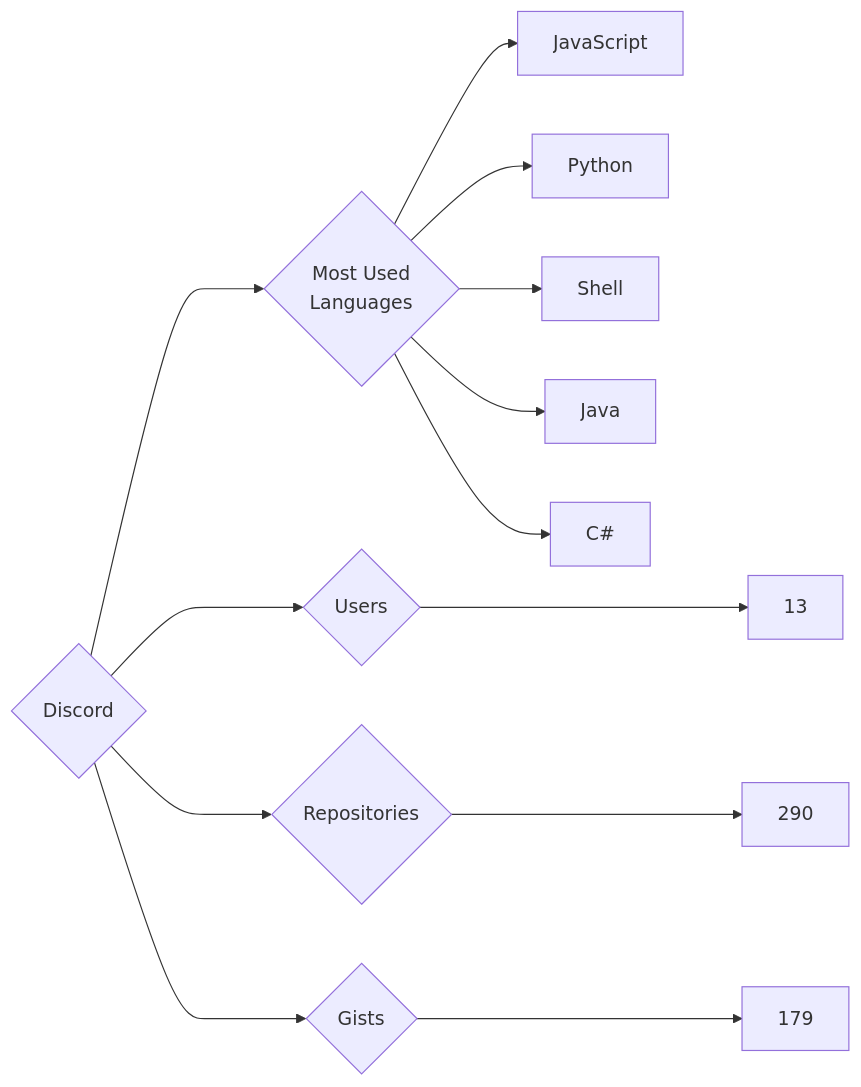
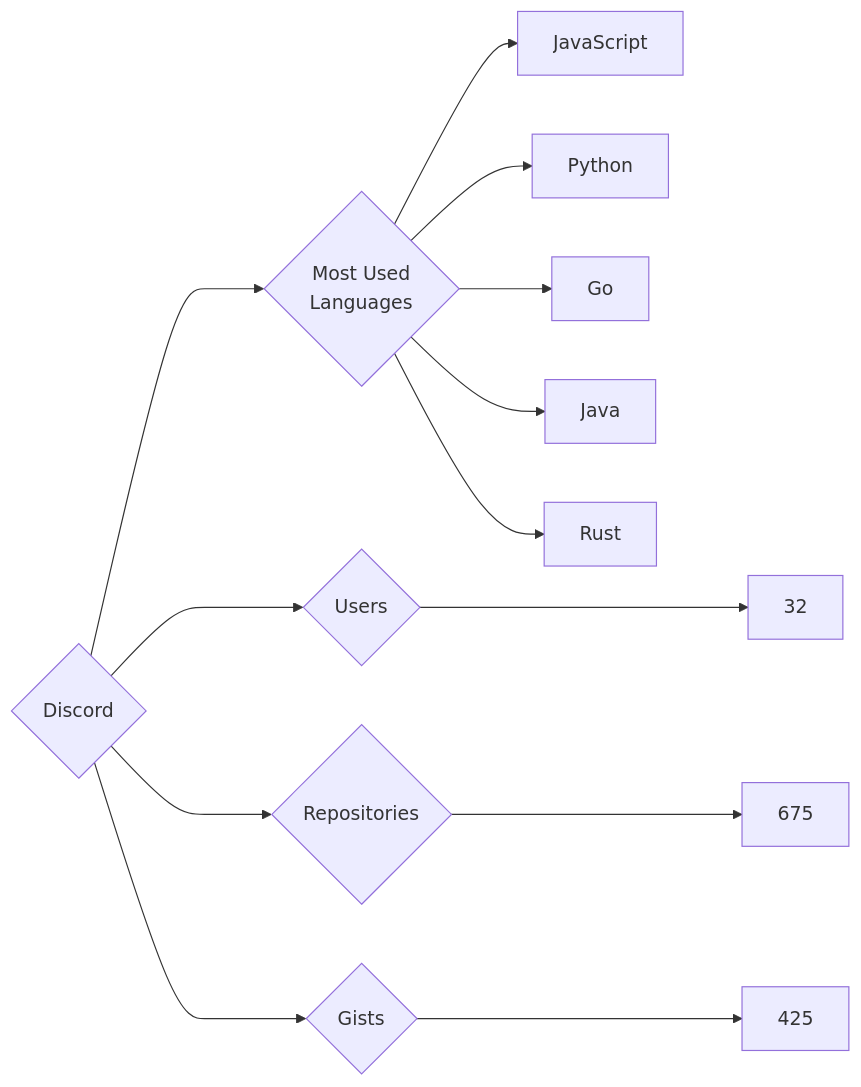
Before and after one commit to trickest/insiders: the diagram in targets/Discord/README.md, drawn with Mermaid. The commit also changed 679 other files, not shown here.

````diff
--- a/targets/Discord/README.md
+++ b/targets/Discord/README.md
@@ -3,13 +3,13 @@
 ```mermaid
 graph LR
 COMPANY_NAME{Discord}
-COMPANY_NAME ---> U{Users} ---> UN[13]
-COMPANY_NAME ---> R{Repositories} ---> RN[290]
-COMPANY_NAME ---> G{Gists} ---> GN[179]
+COMPANY_NAME ---> U{Users} ---> UN[32]
+COMPANY_NAME ---> R{Repositories} ---> RN[675]
+COMPANY_NAME ---> G{Gists} ---> GN[425]
 COMPANY_NAME ---> ML{Most Used<br>Languages}
 ML --> JavaScript[JavaScript]
 ML --> Python[Python]
-ML --> Shell[Shell]
+ML --> Go[Go]
 ML --> Java[Java]
-ML --> C#[C#]
+ML --> Rust[Rust]
 ```
````
